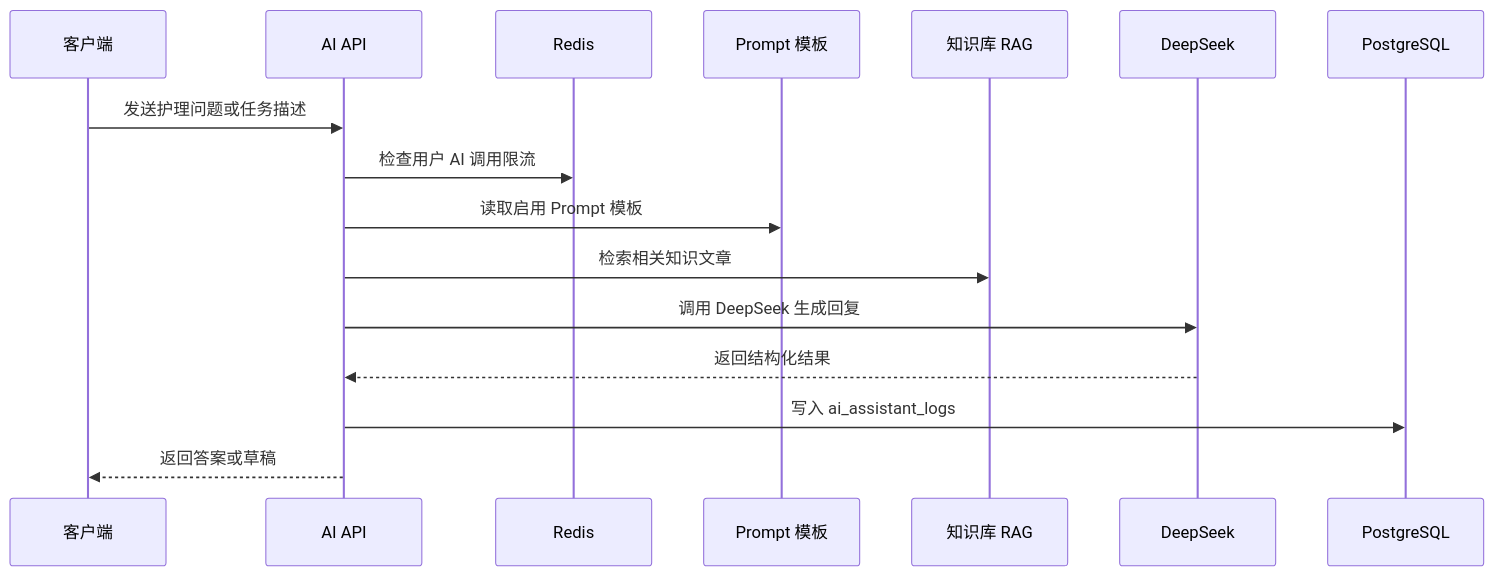
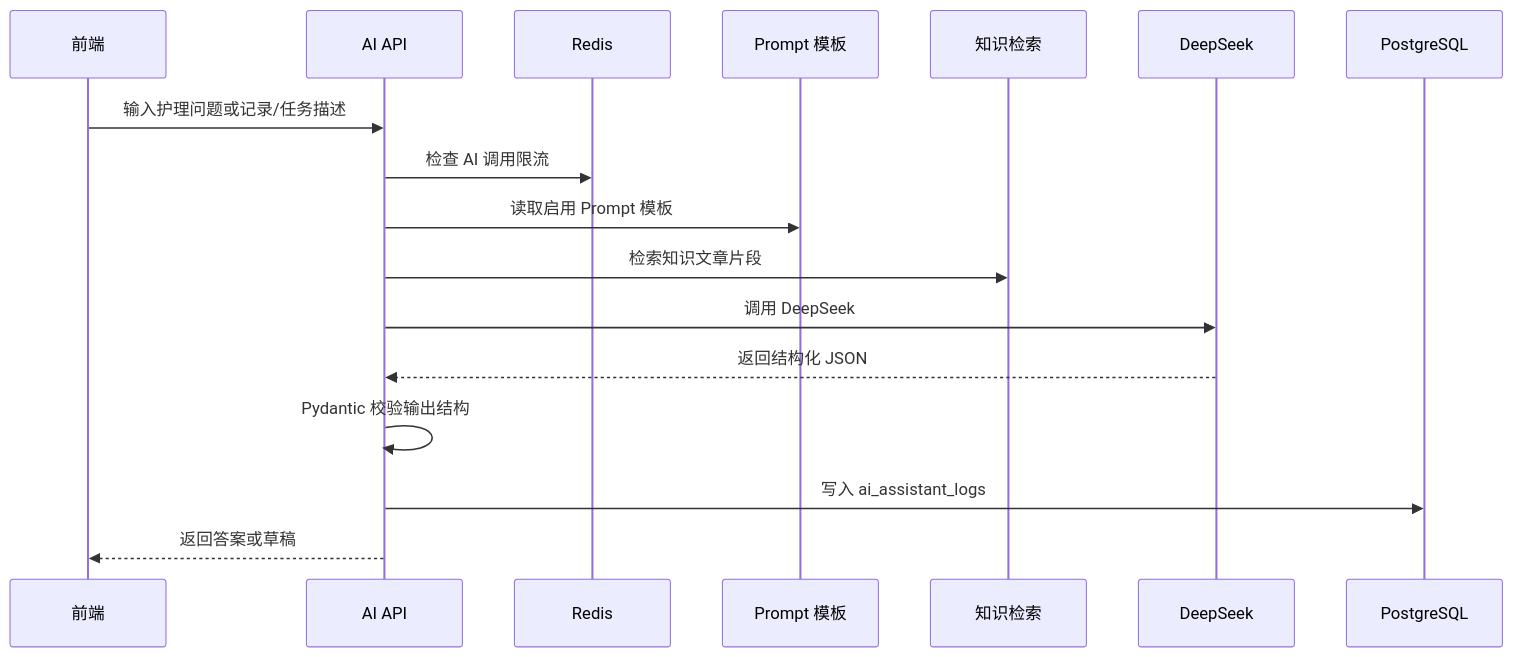
Before and after one commit to ivan-bai-1107/Caregiver: the third of 4 diagrams in PROJECT_ANALYSIS.md, drawn with Mermaid. The commit also changed other lines of this file, not shown here.

````diff
--- a/PROJECT_ANALYSIS.md
+++ b/PROJECT_ANALYSIS.md
@@ -292,19 +332,19 @@
 ```mermaid
 sequenceDiagram
-    participant C as 客户端
-    participant A as AI API
+    participant C as 前端
+    participant API as AI API
     participant R as Redis
     participant P as Prompt 模板
-    participant K as 知识库 RAG
+    participant K as 知识检索
     participant D as DeepSeek
     participant DB as PostgreSQL
-
-    C->>A: 发送护理问题或任务描述
-    A->>R: 检查用户 AI 调用限流
-    A->>P: 读取启用 Prompt 模板
-    A->>K: 检索相关知识文章
-    A->>D: 调用 DeepSeek 生成回复
-    D-->>A: 返回结构化结果
-    A->>DB: 写入 ai_assistant_logs
-    A-->>C: 返回答案或草稿
+    C->>API: 输入护理问题或记录/任务描述
+    API->>R: 检查 AI 调用限流
+    API->>P: 读取启用 Prompt 模板
+    API->>K: 检索知识文章片段
+    API->>D: 调用 DeepSeek
+    D-->>API: 返回结构化 JSON
+    API->>API: Pydantic 校验输出结构
+    API->>DB: 写入 ai_assistant_logs
+    API-->>C: 返回答案或草稿
 ```
````
